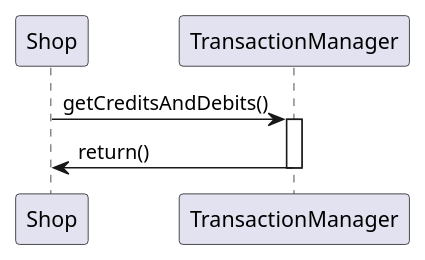
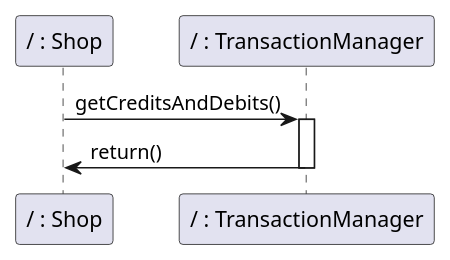
One commit to nicolabattaglino/ezshop changed diagram 12 of 14 in Deliverables/DesignDocument.md. Above: the diagram before and after it, drawn with PlantUML. The commit also changed other lines of this file, not shown here.

Commit message:
Adeed sequences for scenarios 10.1 and 10.2

````diff
--- a/Deliverables/DesignDocument.md
+++ b/Deliverables/DesignDocument.md
@@ -631,8 +671,11 @@
 ```plantuml
 @startuml
+
+participant "/ : Shop" as Shop
+participant "/ : TransactionManager" as TransactionManager
 Shop -> TransactionManager: getCreditsAndDebits()
 activate TransactionManager
 TransactionManager  -> Shop: return()
 deactivate TransactionManager 
 @enduml
 ```
````
